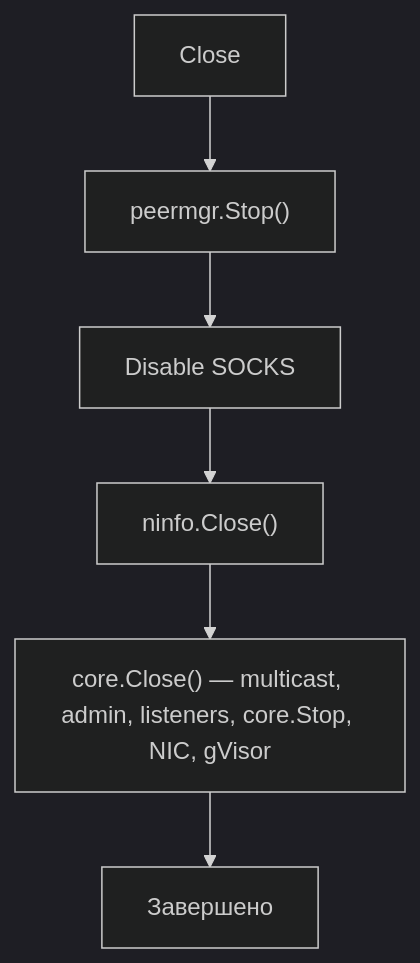
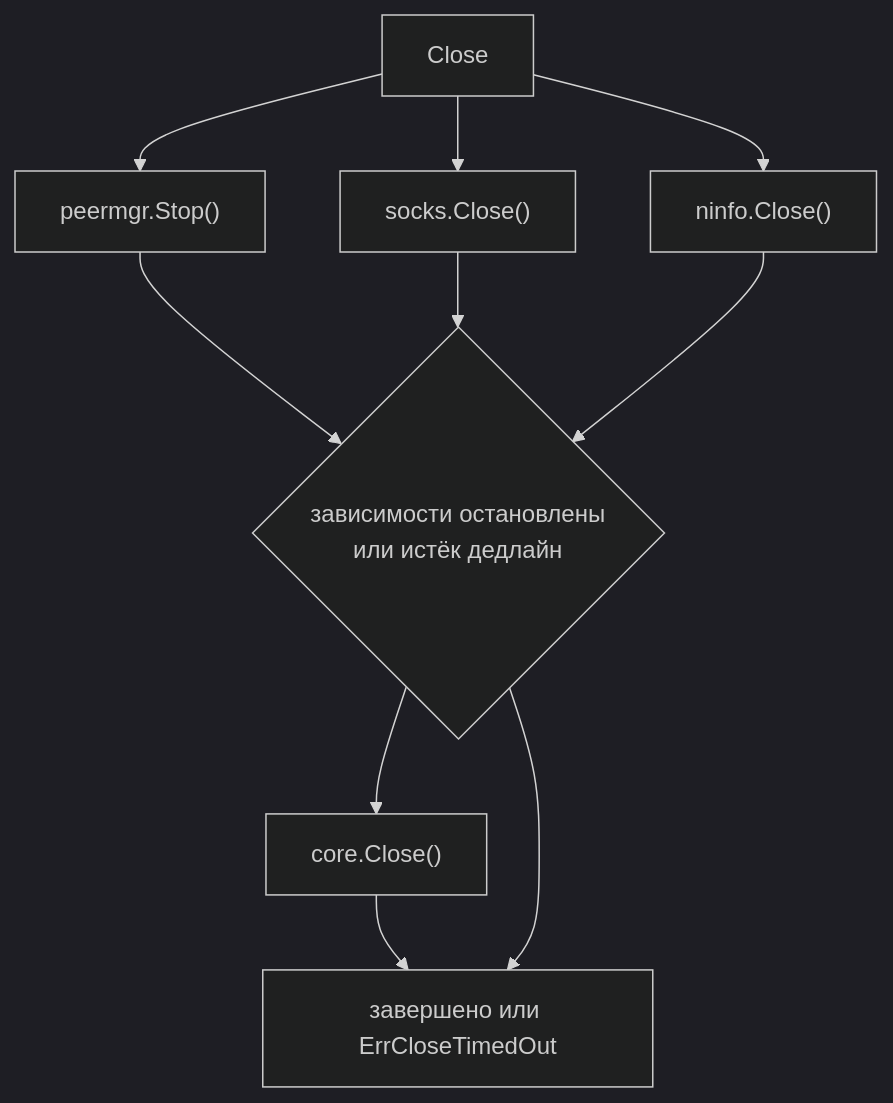
One commit to voluminor/ratatoskr changed the fifth of 6 diagrams in README.RU.md. Above: the diagram before and after it, drawn with Mermaid (dark theme). The commit also changed other lines of this file and 69 other files, not shown here.

````diff
--- a/README.RU.md
+++ b/README.RU.md
@@ -372,8 +378,12 @@
 ```mermaid
 flowchart TD
   Close --> PM["peermgr.Stop()"]
-  PM --> S1["Disable SOCKS"]
-  S1 --> S15["ninfo.Close()"]
-  S15 --> S2["core.Close() — multicast, admin, listeners, core.Stop, NIC, gVisor"]
-  S2 --> Done["Завершено"]
+  Close --> S1["socks.Close()"]
+  Close --> S15["ninfo.Close()"]
+  PM --> Gate{"зависимости остановлены<br/>или истёк дедлайн"}
+  S1 --> Gate
+  S15 --> Gate
+  Gate --> S2["core.Close()"]
+  S2 --> Done
+  Gate --> Done["завершено или ErrCloseTimedOut"]
 ```
````
